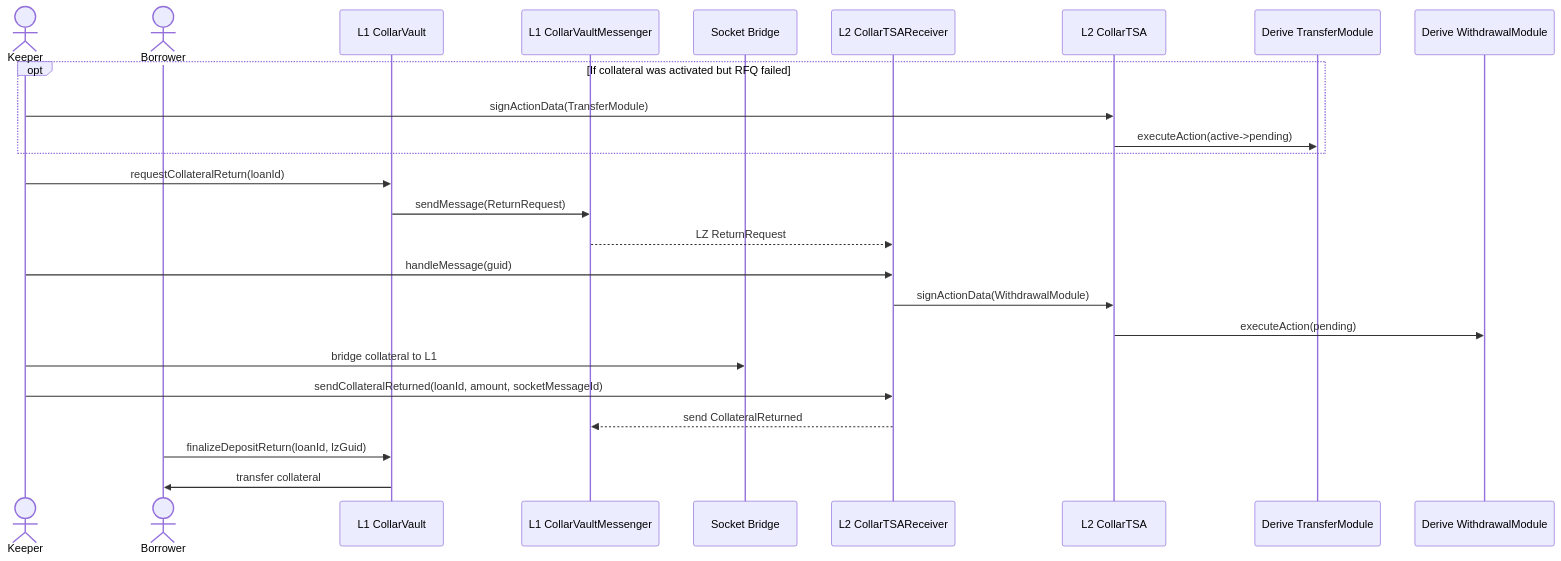
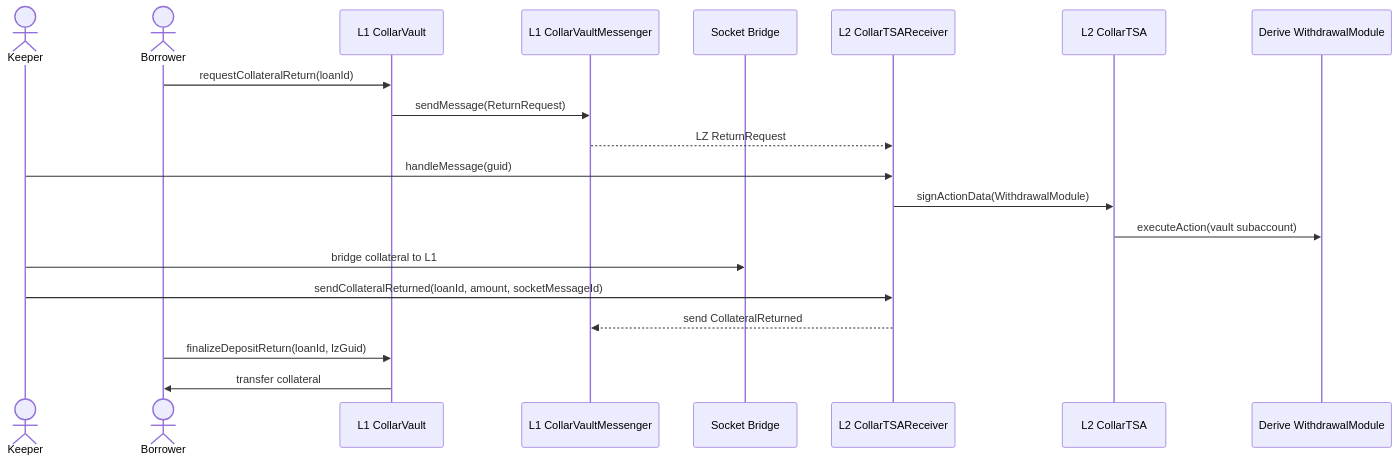
Before and after one commit to valo/musical-bassoon: the second of 5 diagrams in docs/SPEC.md, drawn with Mermaid. The commit also changed other lines of this file and 9 other files, not shown here.

````diff
--- a/docs/SPEC.md
+++ b/docs/SPEC.md
@@ -168,28 +158,23 @@
 ```mermaid
 sequenceDiagram
   actor Keeper
   actor Borrower
   participant Vault as L1 CollarVault
   participant LZ as L1 CollarVaultMessenger
   participant Socket as Socket Bridge
   participant L2Recv as L2 CollarTSAReceiver
   participant TSA as L2 CollarTSA
-  participant Transfer as Derive TransferModule
   participant Withdraw as Derive WithdrawalModule
 
-  opt If collateral was activated but RFQ failed
-    Keeper->>TSA: signActionData(TransferModule)
-    TSA->>Transfer: executeAction(active->pending)
-  end
-  Keeper->>Vault: requestCollateralReturn(loanId)
+  Borrower->>Vault: requestCollateralReturn(loanId)
   Vault->>LZ: sendMessage(ReturnRequest)
   LZ-->>L2Recv: LZ ReturnRequest
   Keeper->>L2Recv: handleMessage(guid)
   L2Recv->>TSA: signActionData(WithdrawalModule)
-  TSA->>Withdraw: executeAction(pending)
+  TSA->>Withdraw: executeAction(vault subaccount)
   Keeper->>Socket: bridge collateral to L1
   Keeper->>L2Recv: sendCollateralReturned(loanId, amount, socketMessageId)
   L2Recv-->>LZ: send CollateralReturned
   Borrower->>Vault: finalizeDepositReturn(loanId, lzGuid)
   Vault->>Borrower: transfer collateral
 ```
````
